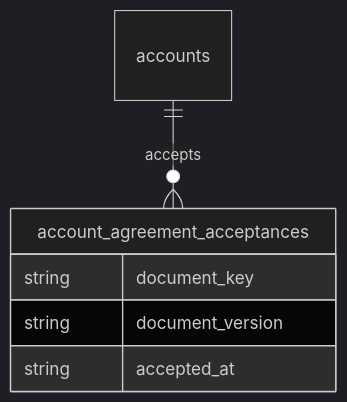
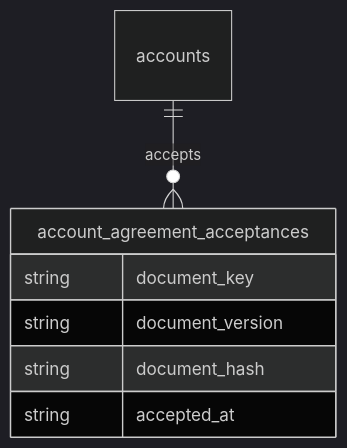
Before and after one commit to kkyosuke/me-builder: the second of 3 diagrams in docs/product/service-terms-consent-experience.md, drawn with Mermaid (dark theme). The commit also changed other lines of this file and 37 other files, not shown here.

````diff
--- a/docs/product/service-terms-consent-experience.md
+++ b/docs/product/service-terms-consent-experience.md
@@ -54,9 +57,10 @@
 ```mermaid
 erDiagram
     accounts ||--o{ account_agreement_acceptances : accepts
     account_agreement_acceptances {
         string document_key
         string document_version
+        string document_hash
         string accepted_at
     }
 ```
````
